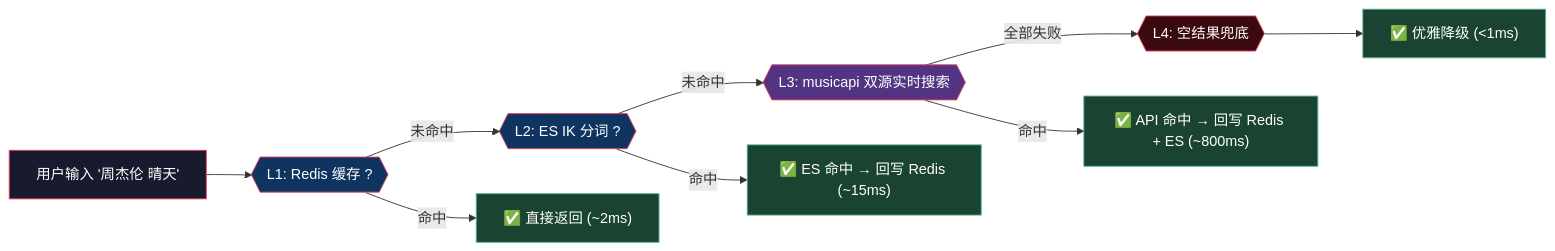
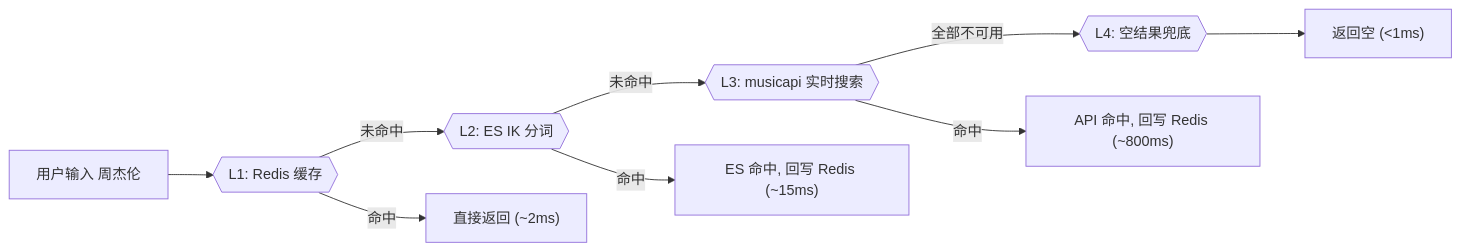
One commit to chunren1/vibeMusic changed the second of 4 diagrams in README.md. Above: the diagram before and after it, drawn with Mermaid. The commit also changed other lines of this file, not shown here.

Commit message:
优化 Mermaid 图: 简化样式, 去除AI感, 架构图改LR布局避免线交叉

````diff
--- a/README.md
+++ b/README.md
@@ -183,30 +138,20 @@
 ```mermaid
 flowchart LR
-    U["用户输入 '周杰伦 晴天'"]
-    L1{{"L1: Redis 缓存 ?"}}
-    L2{{"L2: ES IK 分词 ?"}}
-    L3{{"L3: musicapi 双源实时搜索"}}
+    U["用户输入 周杰伦"]
+    L1{{"L1: Redis 缓存"}}
+    L2{{"L2: ES IK 分词"}}
+    L3{{"L3: musicapi 实时搜索"}}
     L4{{"L4: 空结果兜底"}}
-    HIT["✅ 直接返回 (~2ms)"]
-    ESHIT["✅ ES 命中 → 回写 Redis (~15ms)"]
-    APIHIT["✅ API 命中 → 回写 Redis + ES (~800ms)"]
-    EMPTY["✅ 优雅降级 (<1ms)"]
+    HIT["直接返回 (~2ms)"]
+    ESHIT["ES 命中, 回写 Redis (~15ms)"]
+    APIHIT["API 命中, 回写 Redis (~800ms)"]
+    EMPTY["返回空 (<1ms)"]
 
     U --> L1
     L1 -- 命中 --> HIT
     L1 -- 未命中 --> L2
     L2 -- 命中 --> ESHIT
     L2 -- 未命中 --> L3
     L3 -- 命中 --> APIHIT
-    L3 -- 全部失败 --> L4 --> EMPTY
-
-    style U fill:#1a1a2e,stroke:#e94560,color:#fff
-    style L1 fill:#0f3460,stroke:#e94560,color:#fff
-    style L2 fill:#0f3460,stroke:#e94560,color:#fff
-    style L3 fill:#533483,stroke:#e94560,color:#fff
-    style L4 fill:#3b0a11,stroke:#e94560,color:#fff
-    style HIT fill:#1b4332,stroke:#52b788,color:#fff
-    style ESHIT fill:#1b4332,stroke:#52b788,color:#fff
-    style APIHIT fill:#1b4332,stroke:#52b788,color:#fff
-    style EMPTY fill:#1b4332,stroke:#52b788,color:#fff
+    L3 -- 全部不可用 --> L4 --> EMPTY
 ```
````
